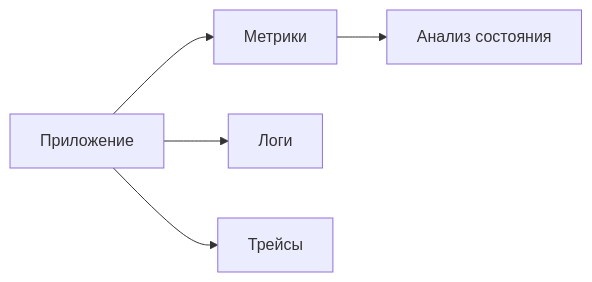
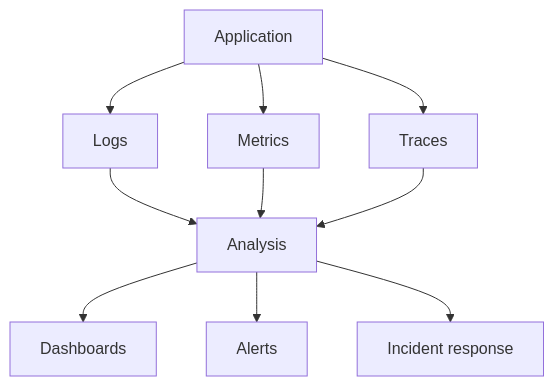
The seventh of 11 diagrams in lectures/Lec14/vitepress.md (Kert0n/KPO), drawn with Mermaid before and after one commit. The commit also changed other lines of this file and 9 other files, not shown here.

````diff
--- a/lectures/Lec14/vitepress.md
+++ b/lectures/Lec14/vitepress.md
@@ -97,7 +462,12 @@
 ```mermaid
-flowchart LR
-    App[Приложение] --> Metrics[Метрики]
-    App --> Logs[Логи]
-    App --> Traces[Трейсы]
-    Metrics --> Analysis[Анализ состояния]
+flowchart TD
+    App["Application"] --> Logs["Logs"]
+    App --> Metrics["Metrics"]
+    App --> Traces["Traces"]
+    Logs --> Analysis["Analysis"]
+    Metrics --> Analysis
+    Traces --> Analysis
+    Analysis --> Dashboards["Dashboards"]
+    Analysis --> Alerts["Alerts"]
+    Analysis --> Incidents["Incident response"]
 ```
````
